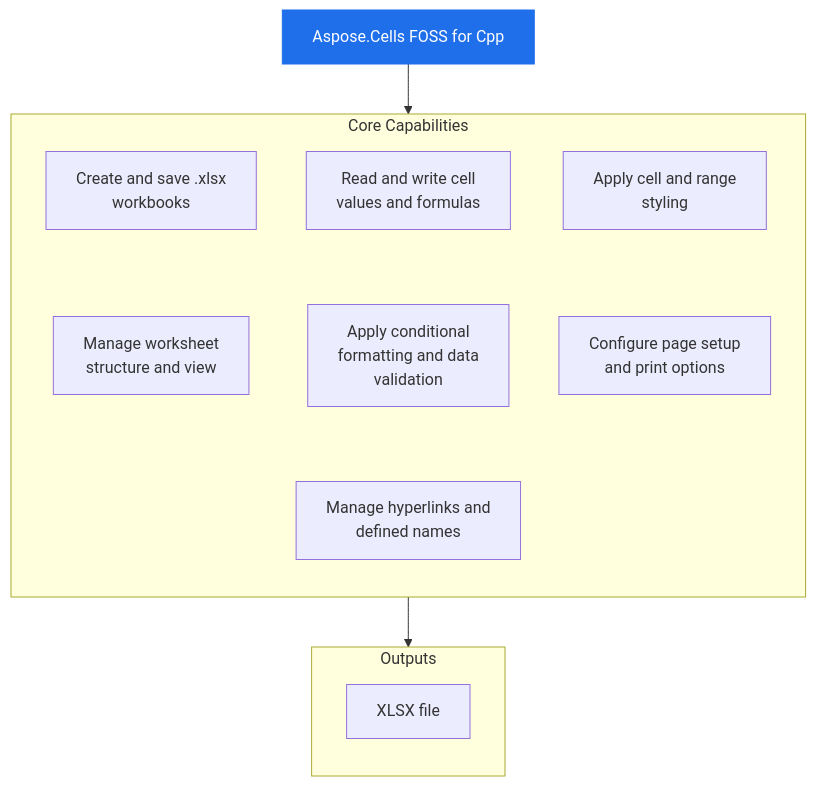
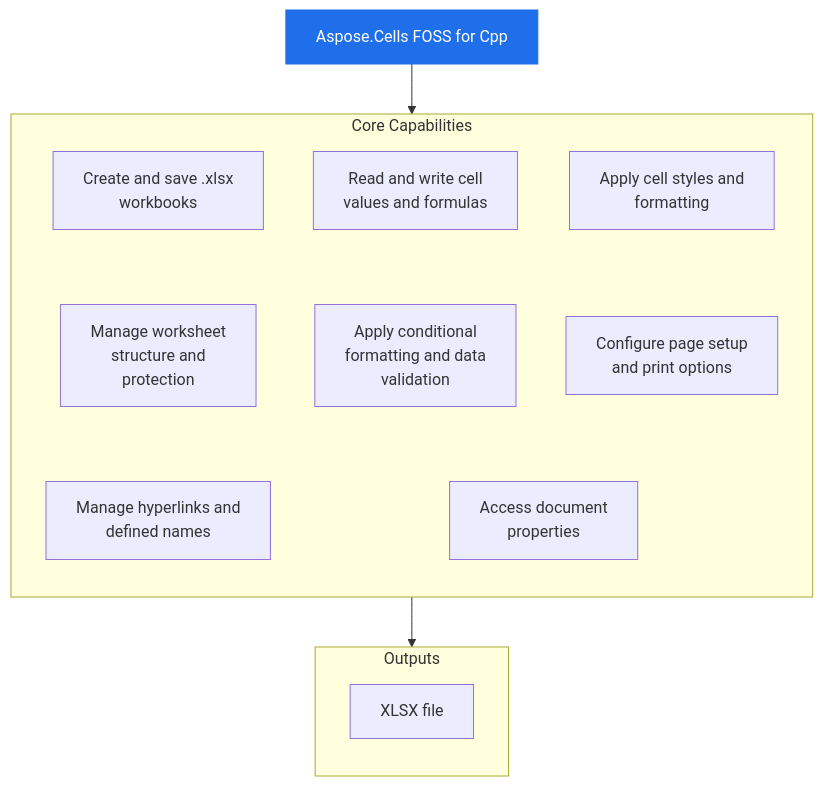
One commit to babar-raza/repo-presenter changed the diagram in 9f852d0ff1cfdad2d661556d6b87a8eff8c063a2/README.md. Above: the diagram before and after it, drawn with Mermaid. The commit also changed other lines of this file and 12 other files, not shown here.

````diff
--- a/9f852d0ff1cfdad2d661556d6b87a8eff8c063a2/README.md
+++ b/9f852d0ff1cfdad2d661556d6b87a8eff8c063a2/README.md
@@ -25,27 +31,28 @@
 ```mermaid
 flowchart TB
   PRODUCT["Aspose.Cells FOSS for Cpp"]
   subgraph Capabilities["Core Capabilities"]
     direction TB
     c1["Create and save .xlsx<br/>workbooks"]
     c2["Read and write cell<br/>values and formulas"]
-    c3["Apply cell and range<br/>styling"]
-    c4["Manage worksheet<br/>structure and view"]
+    c3["Apply cell styles and<br/>formatting"]
+    c4["Manage worksheet<br/>structure and<br/>protection"]
     c5["Apply conditional<br/>formatting and data<br/>validation"]
     c6["Configure page setup<br/>and print options"]
     c7["Manage hyperlinks and<br/>defined names"]
+    c8["Access document<br/>properties"]
     c1 ~~~ c4
     c2 ~~~ c5
     c3 ~~~ c6
     c4 ~~~ c7
-    c5 ~~~ c7
-    c6 ~~~ c7
+    c5 ~~~ c8
+    c6 ~~~ c8
   end
   subgraph Outputs["Outputs"]
     direction TB
     o1["XLSX file"]
   end
   PRODUCT --> Capabilities --> Outputs
   classDef product fill:#1f6feb,stroke:#1f6feb,color:#ffffff
   class PRODUCT product
 ```
````
